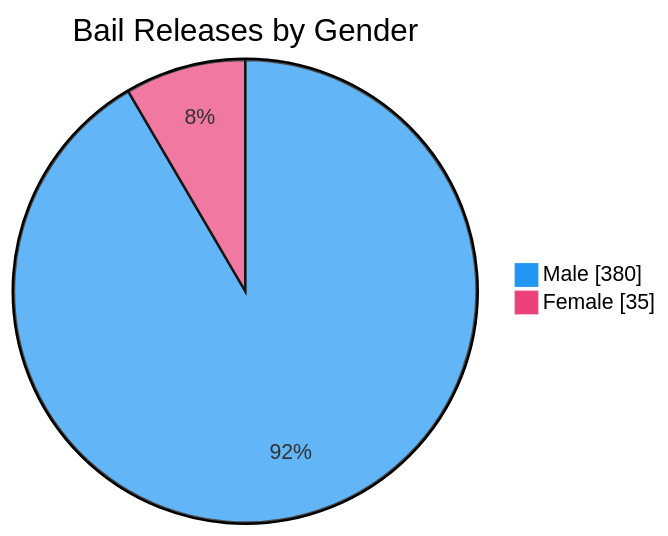
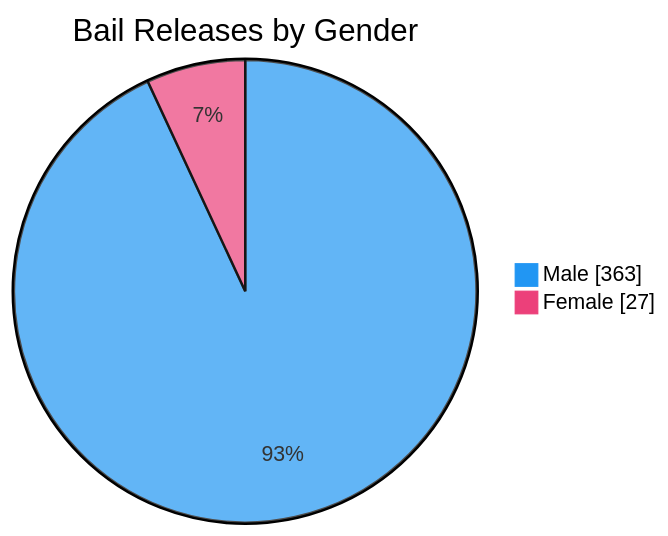
The seventh of 7 diagrams in README.md (nuuuwan/lk_prisons), drawn with Mermaid before and after one commit. The commit also changed other lines of this file and 1 other file, not shown here.

````diff
--- a/README.md
+++ b/README.md
@@ -109,6 +109,6 @@
 ```mermaid
 %%{init: {'themeVariables': {'pie1': '#2196F3', 'pie2': '#EC407A'}}}%%
 pie showData title Bail Releases by Gender
-    "Male" : 380
-    "Female" : 35
+    "Male" : 363
+    "Female" : 27
 ```
````
